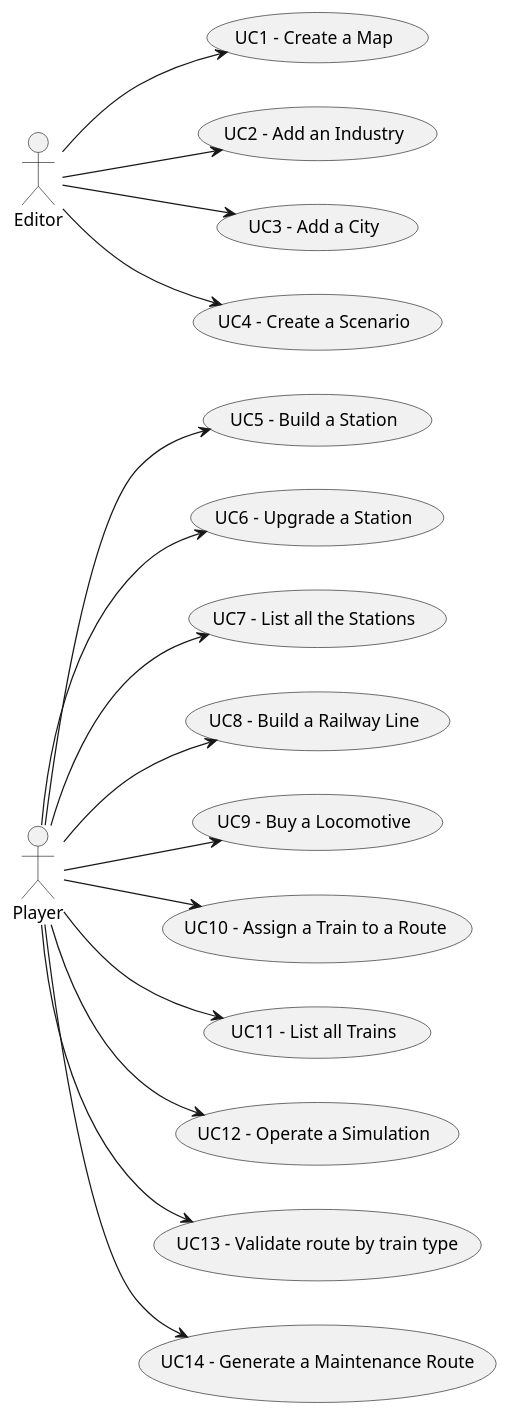
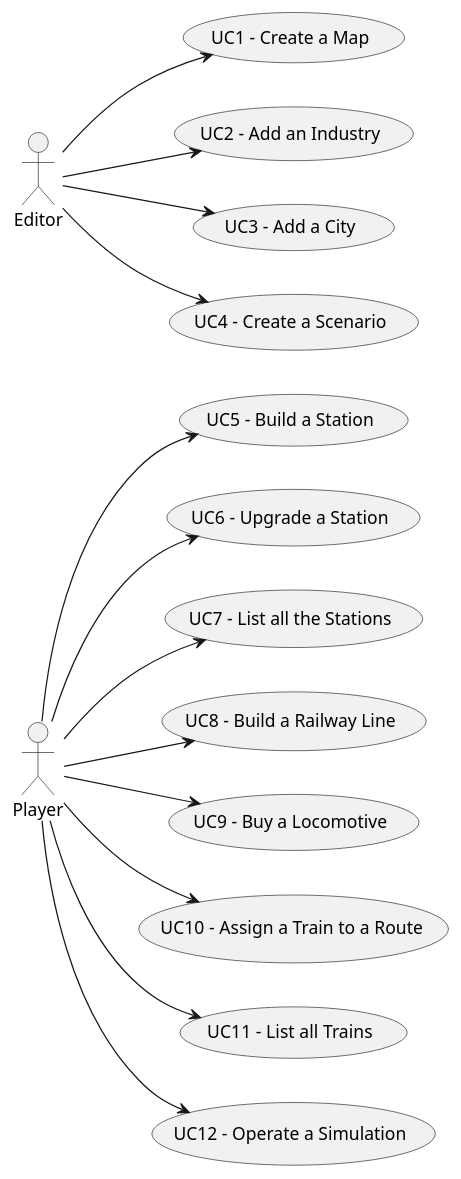
One commit to 1240826/empire-on-tracks changed the diagram in docs/system-documentation/global-artifacts/01.requirements-engineering/puml/UCD.puml. Above: the diagram before and after it, drawn with PlantUML. The commit also changed 1 other file, not shown here.

```diff
--- a/docs/system-documentation/global-artifacts/01.requirements-engineering/puml/UCD.puml
+++ b/docs/system-documentation/global-artifacts/01.requirements-engineering/puml/UCD.puml
@@ -1,22 +1,20 @@
 @startuml
 
 left to right direction
 
 
  Player --> (UC5 - Build a Station)
  Player --> (UC6 - Upgrade a Station)
  Player --> (UC7 - List all the Stations)
  Player --> (UC8 - Build a Railway Line)
  Player --> (UC9 - Buy a Locomotive)
  Player --> (UC10 - Assign a Train to a Route)
  Player --> (UC11 - List all Trains)
  Player --> (UC12 - Operate a Simulation)
- Player --> (UC13 - Validate route by train type)
- Player --> (UC14 - Generate a Maintenance Route)
 
 Editor --> (UC1 - Create a Map)
  Editor --> (UC2 - Add an Industry)
  Editor --> (UC3 - Add a City)
  Editor --> (UC4 - Create a Scenario)
 
  @enduml
```
